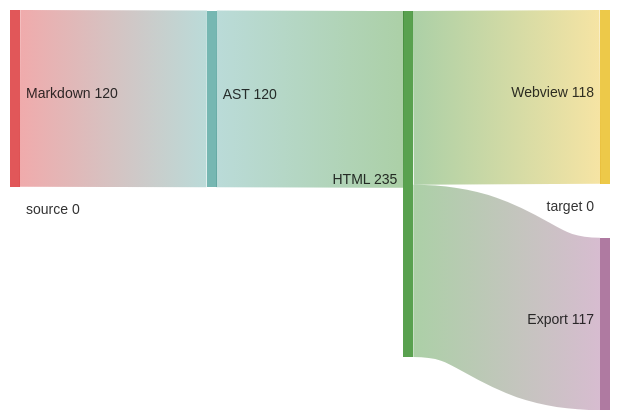
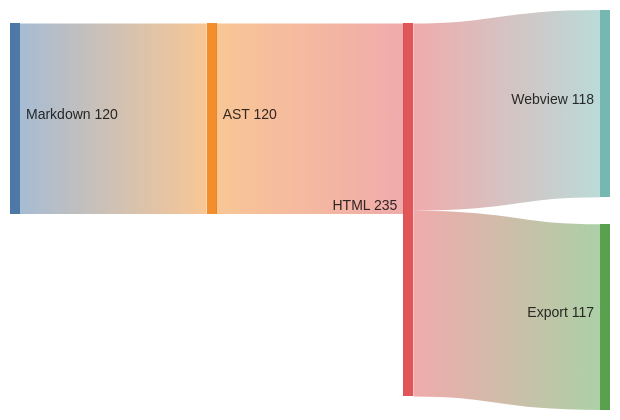
Diagram 34 of 35 in .e2e-workspace/mermaid-edge-cases.md (Bowlerr/offline-markdown-preview), drawn with Mermaid before and after one commit. The commit also changed other lines of this file and 6 other files, not shown here.

````diff
--- a/.e2e-workspace/mermaid-edge-cases.md
+++ b/.e2e-workspace/mermaid-edge-cases.md
@@ -276,8 +275,7 @@
 ```mermaid
 sankey-beta
-source,target,value
 Markdown,AST,120
 AST,HTML,120
 HTML,Webview,118
 HTML,Export,117
 ```
````
